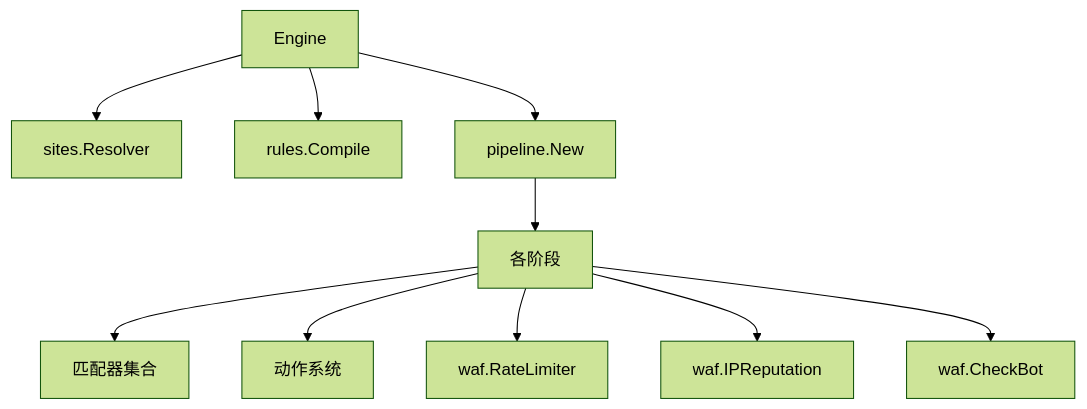
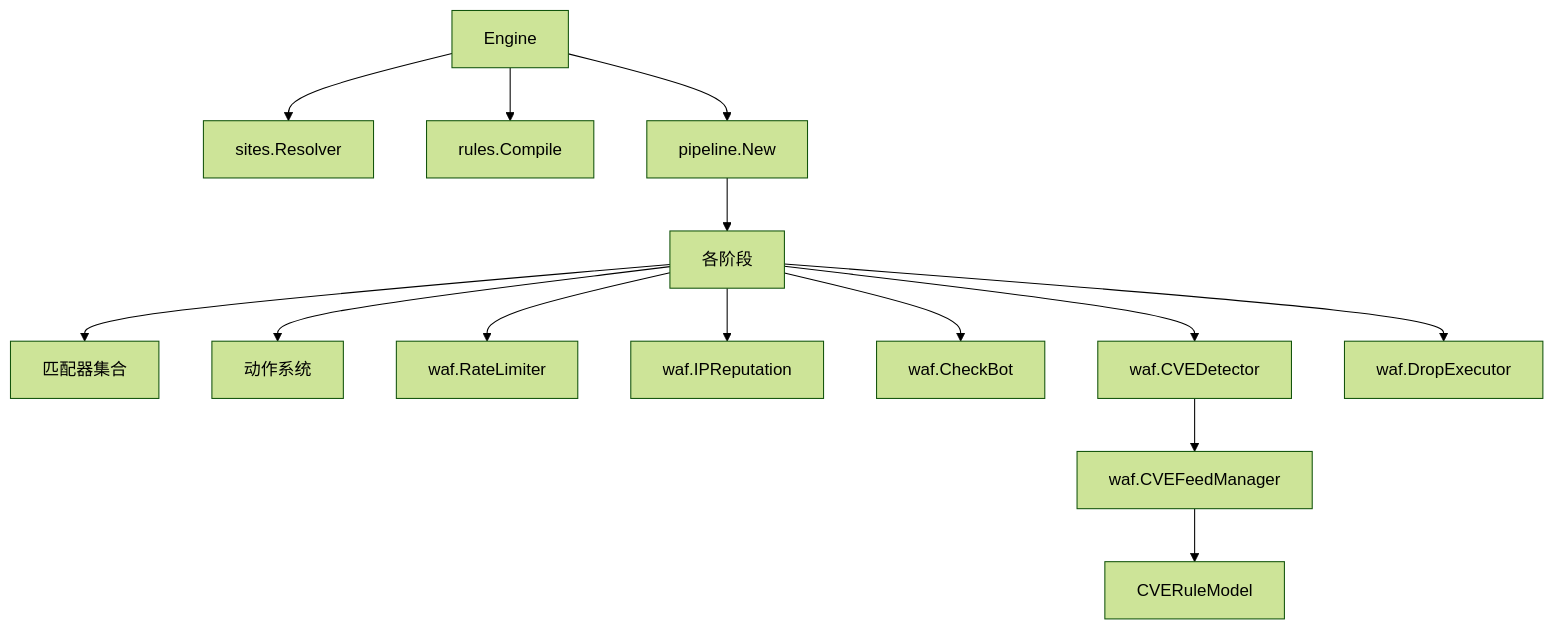
Diagram 11 of 11 in docs/WAF 引擎系统/WAF 引擎系统.md (x01n/My-OpenWaf), drawn with Mermaid (forest theme) before and after one commit. The commit also changed other lines of this file and 51 other files, not shown here.

````diff
--- a/docs/WAF 引擎系统/WAF 引擎系统.md
+++ b/docs/WAF 引擎系统/WAF 引擎系统.md
@@ -331,12 +602,16 @@
 ```mermaid
 graph TB
 Engine["Engine"] --> Resolver["sites.Resolver"]
 Engine --> Compiler["rules.Compile"]
 Engine --> Pipeline["pipeline.New"]
 Pipeline --> Phases["各阶段"]
 Phases --> Matcher["匹配器集合"]
 Phases --> Action["动作系统"]
 Phases --> RateLimit["waf.RateLimiter"]
 Phases --> IPRep["waf.IPReputation"]
 Phases --> Bot["waf.CheckBot"]
+Phases --> CVEDetector["waf.CVEDetector"]
+Phases --> DropExecutor["waf.DropExecutor"]
+CVEDetector --> CVEFeedManager["waf.CVEFeedManager"]
+CVEFeedManager --> CVERuleModel["CVERuleModel"]
 ```
````
